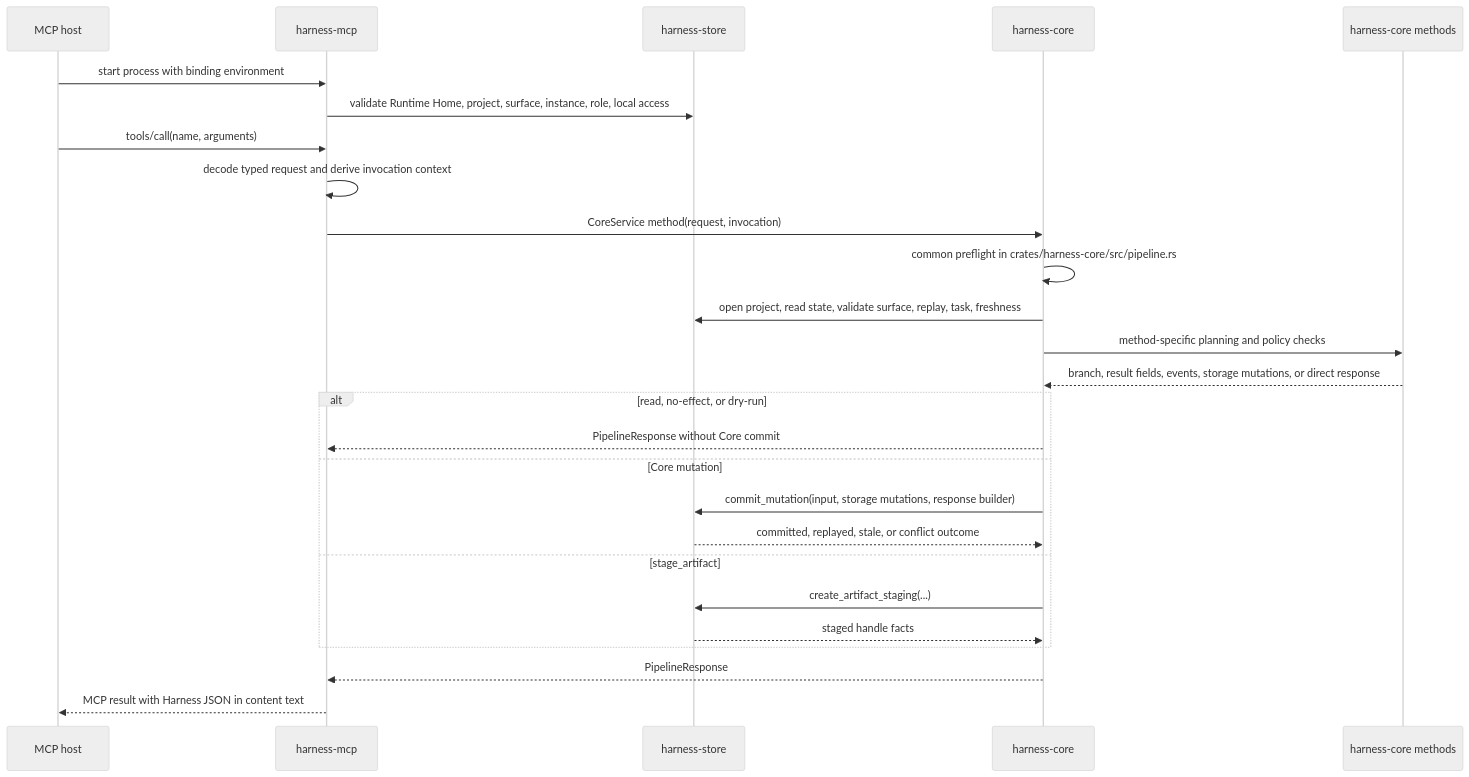
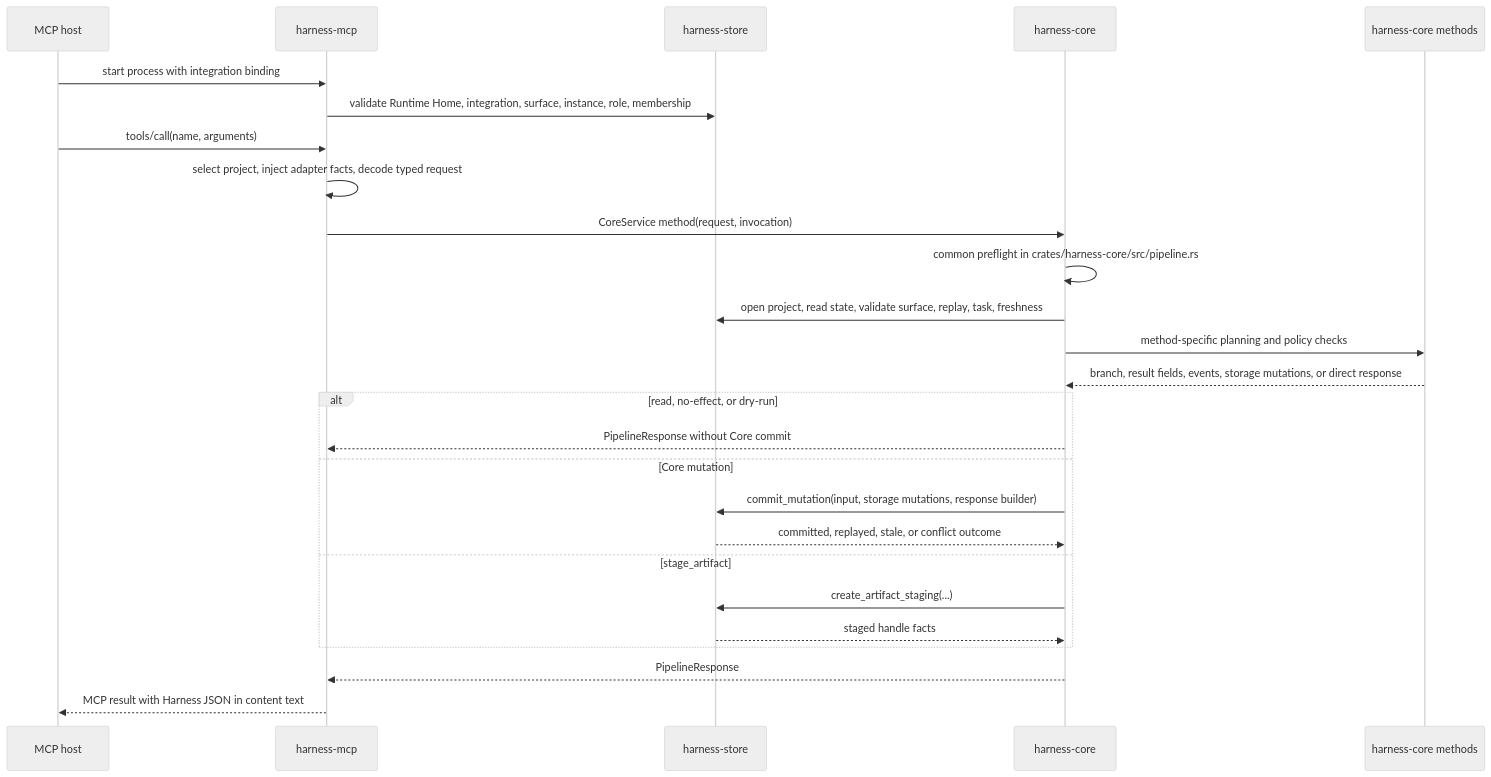
The third of 3 diagrams in docs/en/development/architecture.md (minjungw00/Volicord), drawn with Mermaid (neutral theme) before and after one commit. The commit also changed other lines of this file and 5 other files, not shown here.

````diff
--- a/docs/en/development/architecture.md
+++ b/docs/en/development/architecture.md
@@ -159,29 +159,29 @@
 ```mermaid
 sequenceDiagram
   participant Host as MCP host
   participant MCP as harness-mcp
   participant Store as harness-store
   participant Core as harness-core
   participant Method as harness-core methods
 
-  Host->>MCP: start process with binding environment
-  MCP->>Store: validate Runtime Home, project, surface, instance, role, local access
+  Host->>MCP: start process with integration binding
+  MCP->>Store: validate Runtime Home, integration, surface, instance, role, membership
   Host->>MCP: tools/call(name, arguments)
-  MCP->>MCP: decode typed request and derive invocation context
+  MCP->>MCP: select project, inject adapter facts, decode typed request
   MCP->>Core: CoreService method(request, invocation)
   Core->>Core: common preflight in crates/harness-core/src/pipeline.rs
   Core->>Store: open project, read state, validate surface, replay, task, freshness
   Core->>Method: method-specific planning and policy checks
   Method-->>Core: branch, result fields, events, storage mutations, or direct response
   alt read, no-effect, or dry-run
     Core-->>MCP: PipelineResponse without Core commit
   else Core mutation
     Core->>Store: commit_mutation(input, storage mutations, response builder)
     Store-->>Core: committed, replayed, stale, or conflict outcome
   else stage_artifact
     Core->>Store: create_artifact_staging(...)
     Store-->>Core: staged handle facts
   end
   Core-->>MCP: PipelineResponse
   MCP-->>Host: MCP result with Harness JSON in content text
 ```
````
